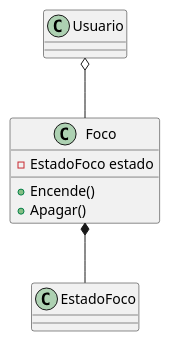
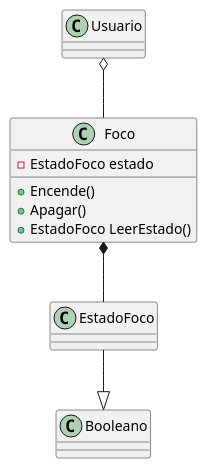
The diagram in docs/foco.puml (Emiliano04z/3E261-SegundoParcial), drawn with PlantUML before and after one commit. The commit also changed 4 other files, not shown here.

```diff
--- a/docs/foco.puml
+++ b/docs/foco.puml
@@ -1,16 +1,19 @@
 @startuml foco
 
 class Usuario
 
 class Foco{
 - EstadoFoco estado
 + Encende()
 + Apagar()
++EstadoFoco LeerEstado()
+
 }
 
 class EstadoFoco
 
 Usuario o-- Foco
 Foco *-- EstadoFoco
+EstadoFoco --|> Booleano
 
 @enduml
```
